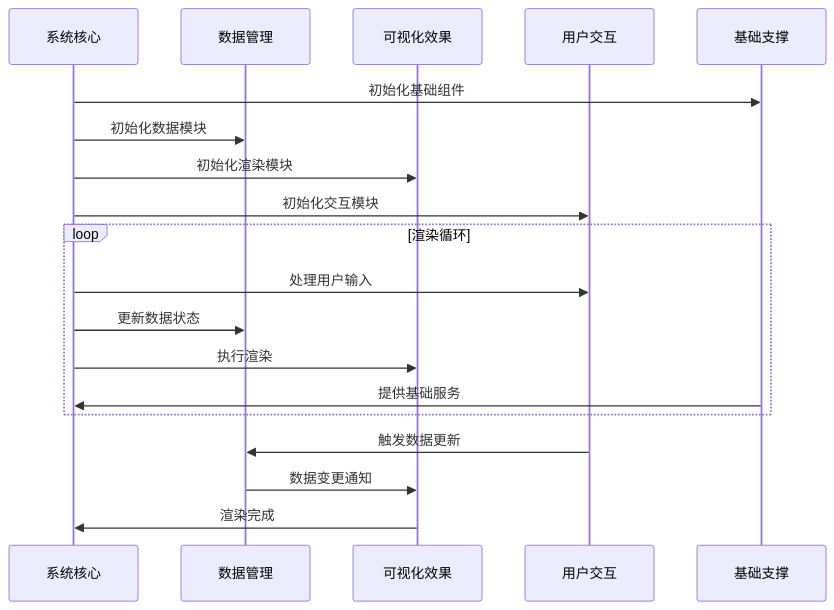
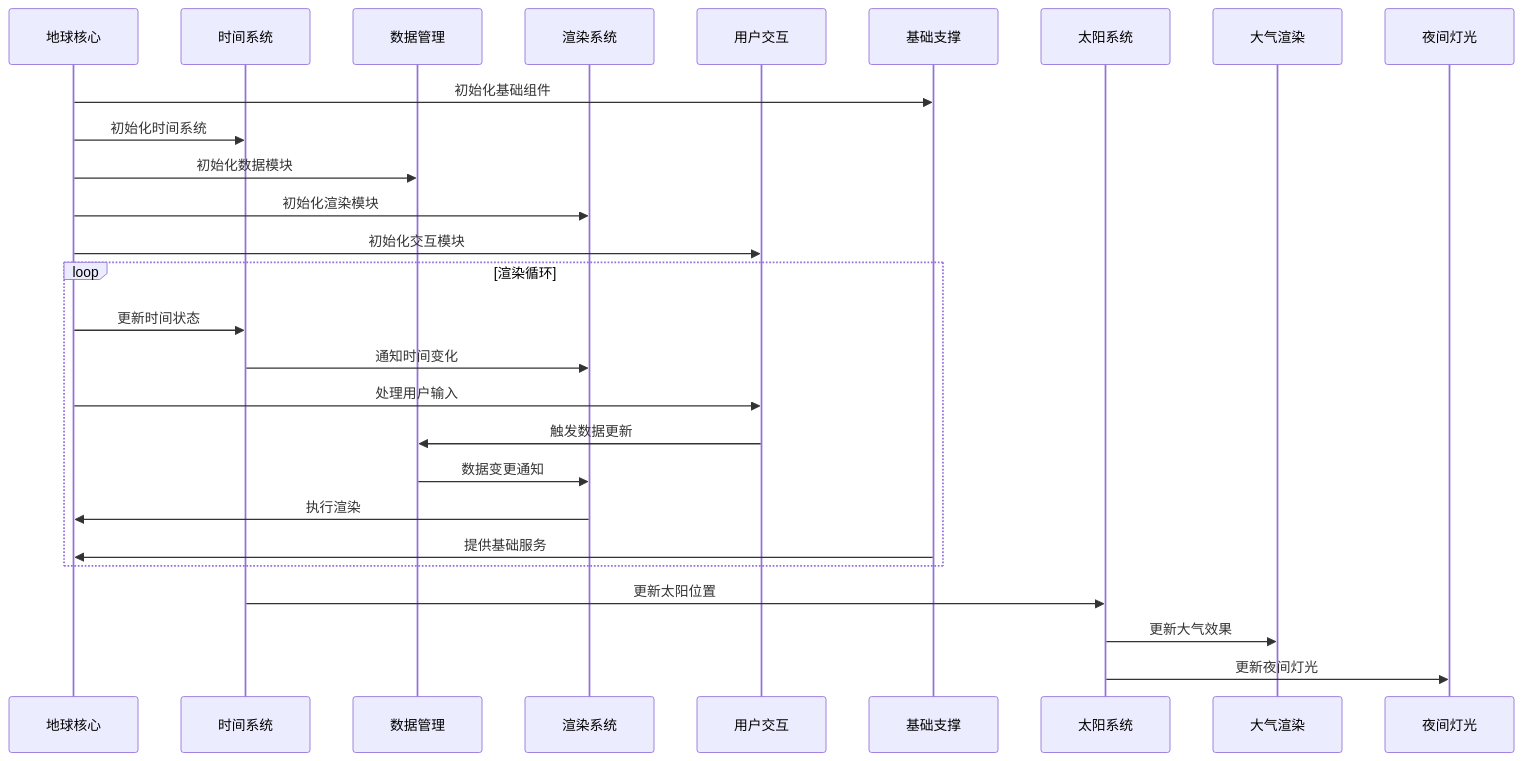
The second of 2 diagrams in docs/技术设计方案/00-总体设计.md (Zoranner/openearth), drawn with Mermaid before and after one commit. The commit also changed other lines of this file and 10 other files, not shown here.

````diff
--- a/docs/技术设计方案/00-总体设计.md
+++ b/docs/技术设计方案/00-总体设计.md
@@ -136,24 +149,31 @@
 ```mermaid
 sequenceDiagram
-    participant 系统核心
+    participant 地球核心
+    participant 时间系统
     participant 数据管理
-    participant 可视化效果
+    participant 渲染系统
     participant 用户交互
     participant 基础支撑
 
-    系统核心->>基础支撑: 初始化基础组件
-    系统核心->>数据管理: 初始化数据模块
-    系统核心->>可视化效果: 初始化渲染模块
-    系统核心->>用户交互: 初始化交互模块
+    地球核心->>基础支撑: 初始化基础组件
+    地球核心->>时间系统: 初始化时间系统
+    地球核心->>数据管理: 初始化数据模块
+    地球核心->>渲染系统: 初始化渲染模块
+    地球核心->>用户交互: 初始化交互模块
 
     loop 渲染循环
-        系统核心->>用户交互: 处理用户输入
-        系统核心->>数据管理: 更新数据状态
-        系统核心->>可视化效果: 执行渲染
-        基础支撑->>系统核心: 提供基础服务
+        地球核心->>时间系统: 更新时间状态
+        时间系统->>渲染系统: 通知时间变化
+
+        地球核心->>用户交互: 处理用户输入
+        用户交互->>数据管理: 触发数据更新
+        数据管理->>渲染系统: 数据变更通知
+
+        渲染系统->>地球核心: 执行渲染
+        基础支撑->>地球核心: 提供基础服务
     end
 
-    用户交互->>数据管理: 触发数据更新
-    数据管理->>可视化效果: 数据变更通知
-    可视化效果->>系统核心: 渲染完成
+    时间系统->>太阳系统: 更新太阳位置
+    太阳系统->>大气渲染: 更新大气效果
+    太阳系统->>夜间灯光: 更新夜间灯光
 ```
````
